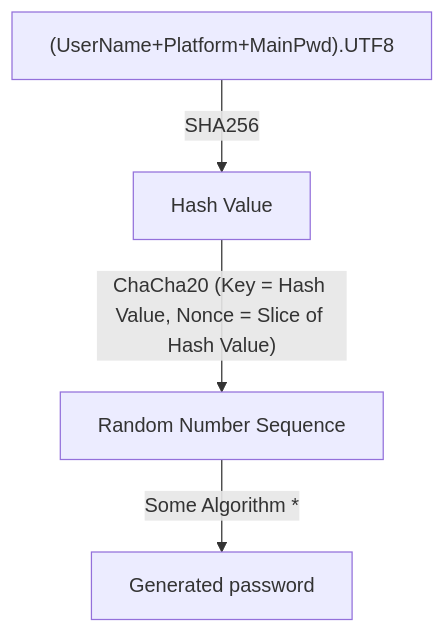
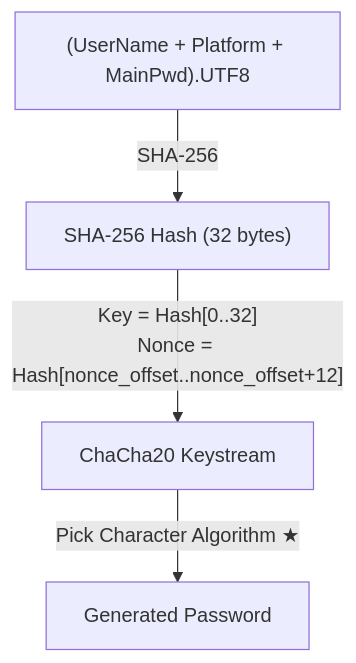
The second of 2 diagrams in docs/developer_doc.md (tsctsc6/pwdgenf), drawn with Mermaid before and after one commit. The commit also changed other lines of this file, not shown here.

````diff
--- a/docs/developer_doc.md
+++ b/docs/developer_doc.md
@@ -5,11 +142,11 @@
 ```mermaid
 flowchart TD
-    A["(UserName+Platform+MainPwd).UTF8"];
-    B[Hash Value];
-    C[Random Number Sequence];
-    D[Generated password];
+    A["(UserName + Platform + MainPwd).UTF8"];
+    B["SHA-256 Hash (32 bytes)"];
+    C["ChaCha20 Keystream"];
+    D["Generated Password"];
 
-    A -- SHA256 --> B;
-    B -- ChaCha20 (Key = Hash Value, Nonce = Slice of Hash Value) --> C;
-    C -- Some Algorithm * --> D;
+    A -- SHA-256 --> B;
+    B -- "Key = Hash[0..32]<br/>Nonce = Hash[nonce_offset..nonce_offset+12]" --> C;
+    C -- "Pick Character Algorithm ★" --> D;
 ```
````
